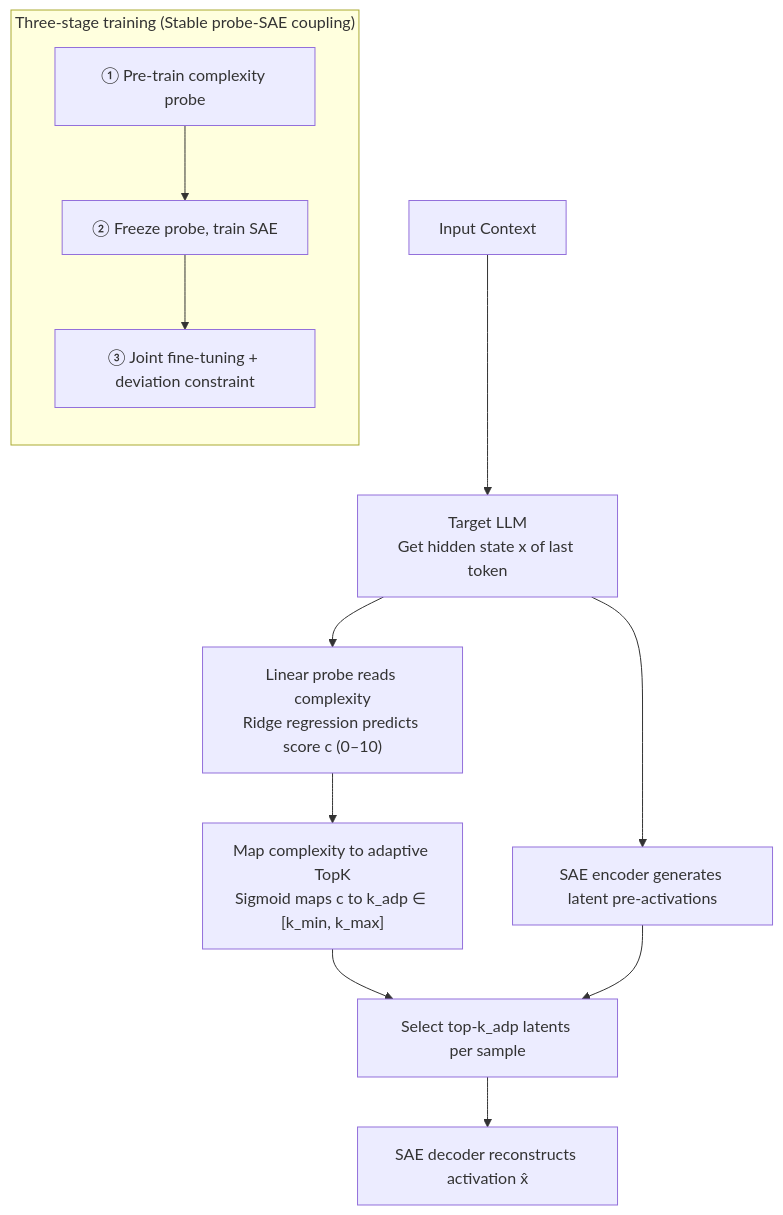
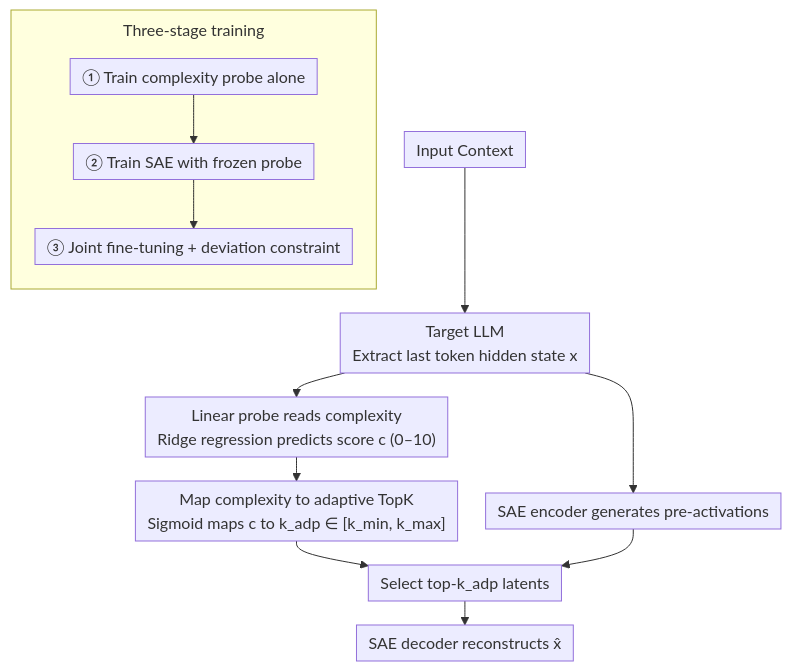
One commit to zhaoyang97/Paper-Notes-en changed the diagram in docs/ACL2026/interpretability/adaptivek_complexity-driven_sparse_autoencoders_for_interpretable_language_model.md. Above: the diagram before and after it, drawn with Mermaid. The commit also changed other lines of this file and 5084 other files, not shown here.

````diff
--- a/docs/ACL2026/interpretability/adaptivek_complexity-driven_sparse_autoencoders_for_interpretable_language_model.md
+++ b/docs/ACL2026/interpretability/adaptivek_complexity-driven_sparse_autoencoders_for_interpretable_language_model.md
@@ -44,14 +44,15 @@
 ```mermaid
-graph TD
-    A["Input Context"] --> B["Target LLM<br/>Get hidden state x of last token"]
+%%{init: {'flowchart': {'rankSpacing': 24, 'nodeSpacing': 28, 'padding': 6, 'wrappingWidth': 400, 'subGraphTitleMargin': {'top': 8, 'bottom': 16}}}}%%
+flowchart TD
+    A["Input Context"] --> B["Target LLM<br/>Extract last token hidden state x"]
     B --> C["Linear probe reads complexity<br/>Ridge regression predicts score c (0–10)"]
     C --> D["Map complexity to adaptive TopK<br/>Sigmoid maps c to k_adp ∈ [k_min, k_max]"]
-    B --> E["SAE encoder generates latent pre-activations"]
-    D --> F["Select top-k_adp latents per sample"]
+    B --> E["SAE encoder generates pre-activations"]
+    D --> F["Select top-k_adp latents"]
     E --> F
-    F --> G["SAE decoder reconstructs activation x̂"]
-    subgraph T["Three-stage training (Stable probe-SAE coupling)"]
+    F --> G["SAE decoder reconstructs x̂"]
+    subgraph T["Three-stage training"]
         direction TB
-        T1["① Pre-train complexity probe"] --> T2["② Freeze probe, train SAE"] --> T3["③ Joint fine-tuning + deviation constraint"]
+        T1["① Train complexity probe alone"] --> T2["② Train SAE with frozen probe"] --> T3["③ Joint fine-tuning + deviation constraint"]
     end
 ```
````
